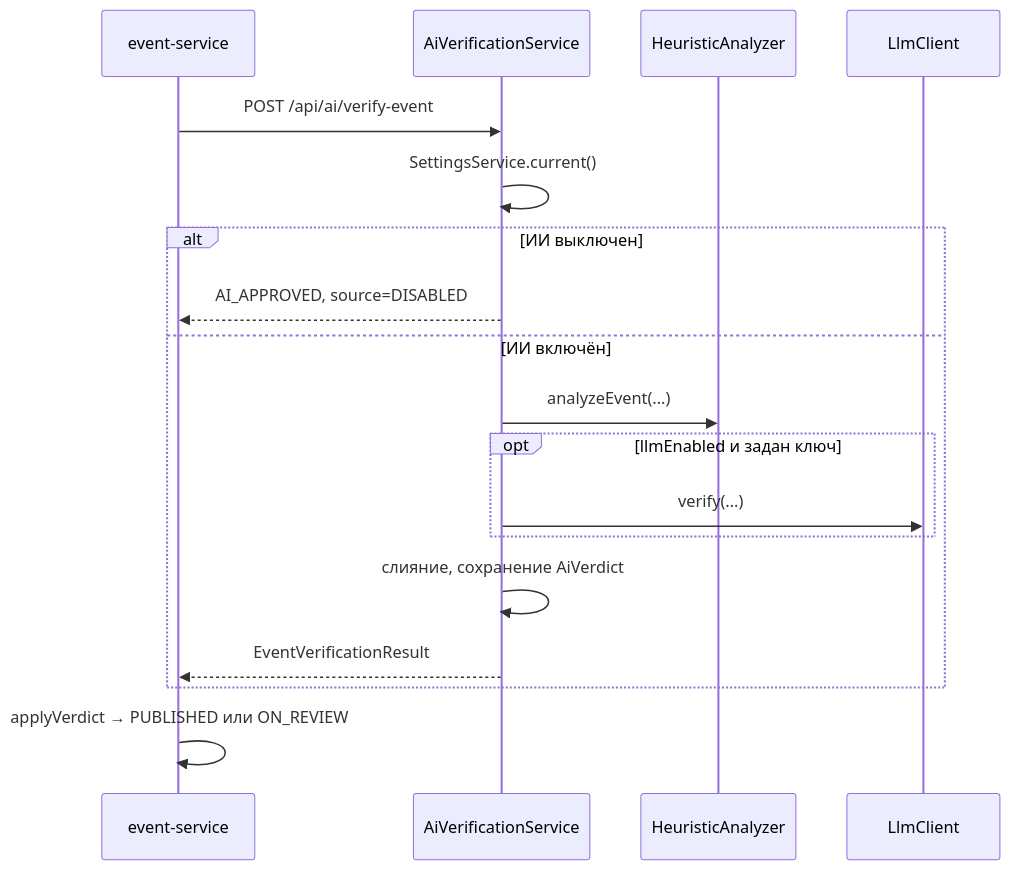
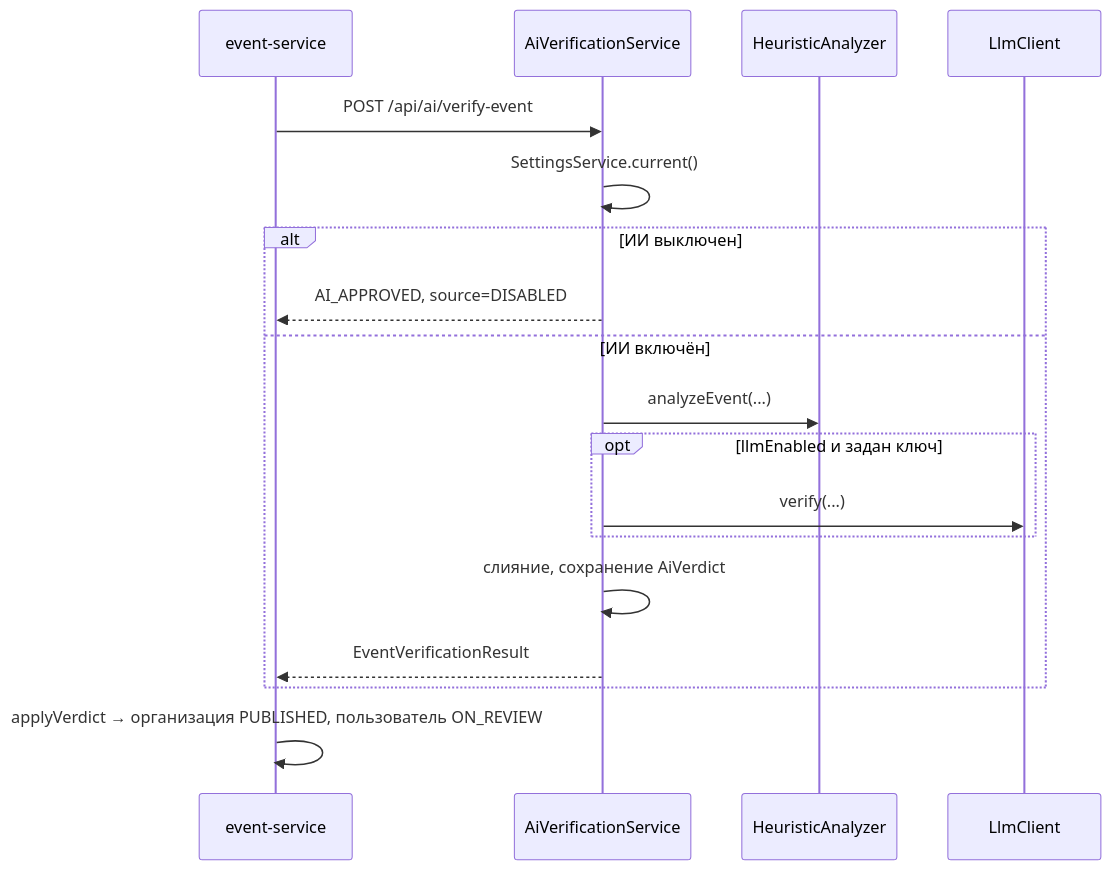
Before and after one commit to MBL15/pisun-2: the diagram in docs/ai-moderation.md, drawn with Mermaid. The commit also changed other lines of this file and 8 other files, not shown here.

````diff
--- a/docs/ai-moderation.md
+++ b/docs/ai-moderation.md
@@ -13,20 +13,20 @@
 ```mermaid
 sequenceDiagram
   participant EV as event-service
   participant AI as AiVerificationService
   participant H as HeuristicAnalyzer
   participant L as LlmClient
   EV->>AI: POST /api/ai/verify-event
   AI->>AI: SettingsService.current()
   alt ИИ выключен
     AI-->>EV: AI_APPROVED, source=DISABLED
   else ИИ включён
     AI->>H: analyzeEvent(...)
     opt llmEnabled и задан ключ
       AI->>L: verify(...)
     end
     AI->>AI: слияние, сохранение AiVerdict
     AI-->>EV: EventVerificationResult
   end
-  EV->>EV: applyVerdict → PUBLISHED или ON_REVIEW
+  EV->>EV: applyVerdict → организация PUBLISHED, пользователь ON_REVIEW
 ```
````
